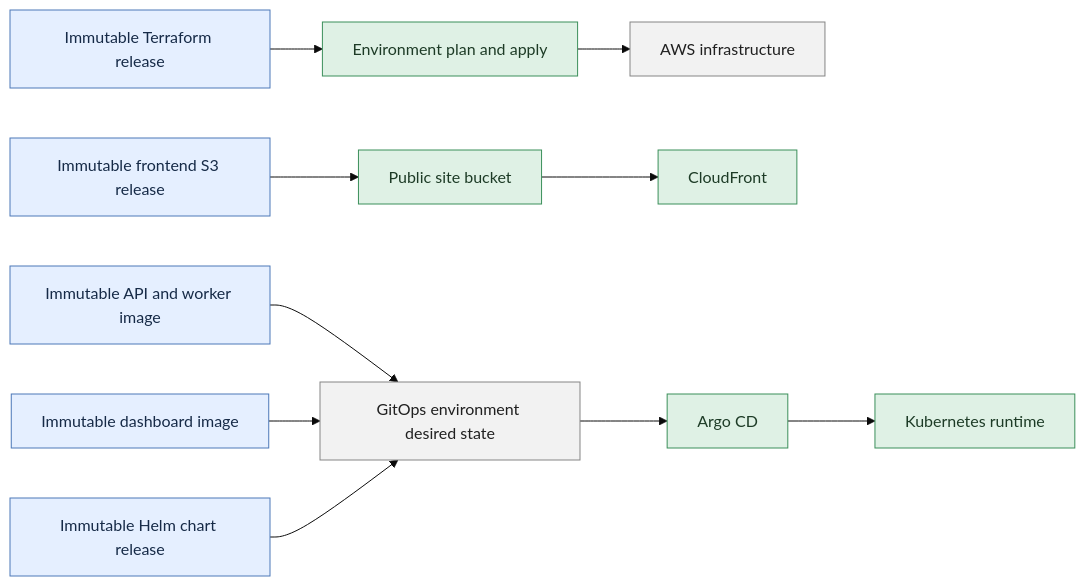
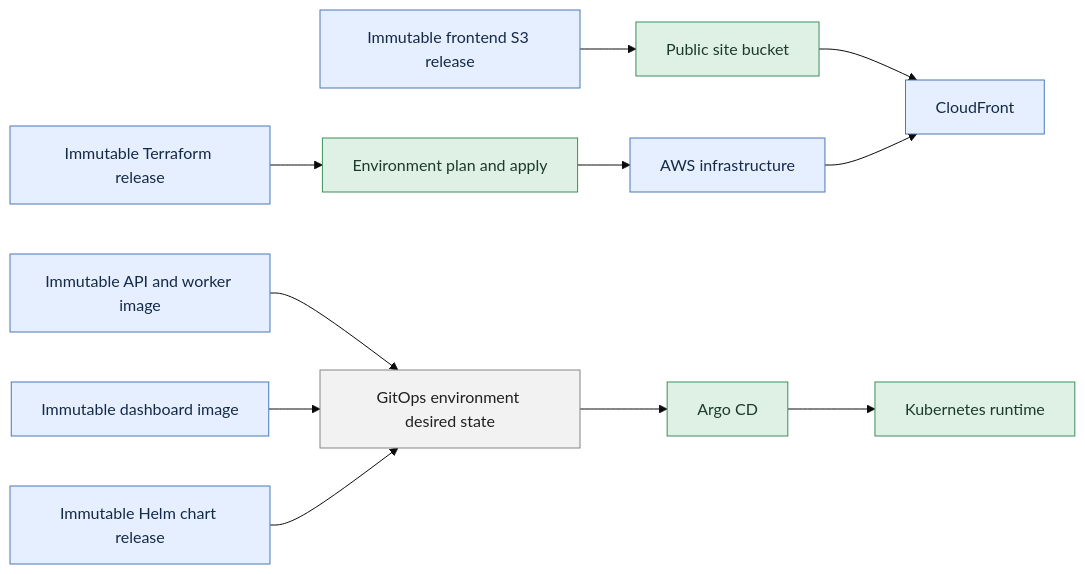
Before and after one commit to winrates-gg/wrgg-public-documentation: the third of 3 diagrams in docs/ci-cd.md, drawn with Mermaid (base theme).

Commit message:
CD Diagram clarifiation

````diff
--- a/docs/ci-cd.md
+++ b/docs/ci-cd.md
@@ -102,19 +102,22 @@
 ```mermaid
 flowchart LR
     TerraformArtifact["Immutable Terraform release"] --> TerraformApply["Environment plan and apply"] --> AWS["AWS infrastructure"]
 
     FrontendArtifact["Immutable frontend S3 release"] --> SiteBucket["Public site bucket"] --> CloudFront["CloudFront"]
+    AWS --> CloudFront
 
     BackendArtifact["Immutable API and worker image"] --> Desired["GitOps environment desired state"]
     DashboardArtifact["Immutable dashboard image"] --> Desired
     ChartArtifact["Immutable Helm chart release"] --> Desired
     Desired --> Argo["Argo CD"] --> Runtime["Kubernetes runtime"]
 
     classDef artifact fill:#e5efff,stroke:#4c78b8,color:#162a47
     classDef delivery fill:#dff1e5,stroke:#3b8f5a,color:#1d3b26
+    classDef aws fill:#e5efff,stroke:#4c78b8,color:#162a47
     classDef neutral fill:#f2f2f2,stroke:#858585,color:#202020
 
     class TerraformArtifact,FrontendArtifact,BackendArtifact,DashboardArtifact,ChartArtifact artifact
-    class TerraformApply,SiteBucket,CloudFront,Argo,Runtime delivery
-    class AWS,Desired neutral
+    class TerraformApply,SiteBucket,Argo,Runtime delivery
+    class AWS,CloudFront aws
+    class Desired neutral
 ```
````
